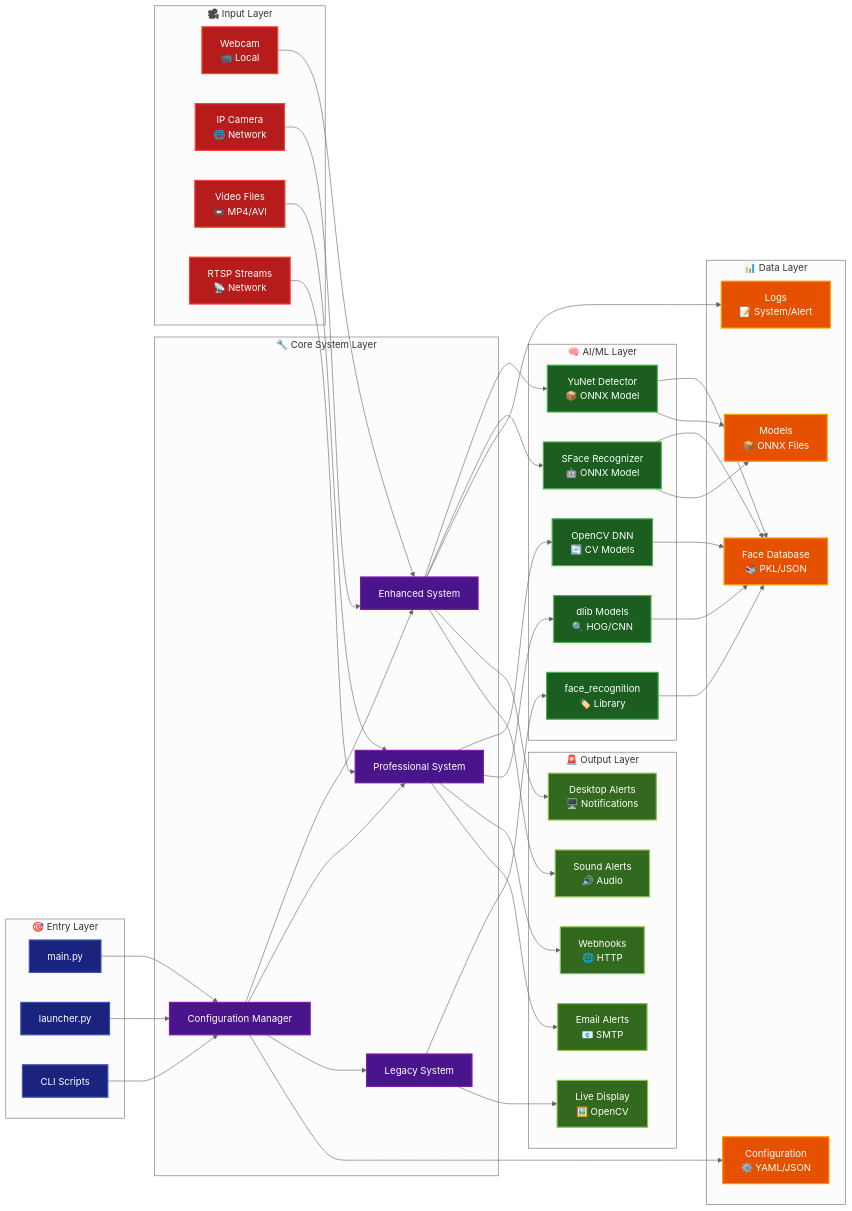
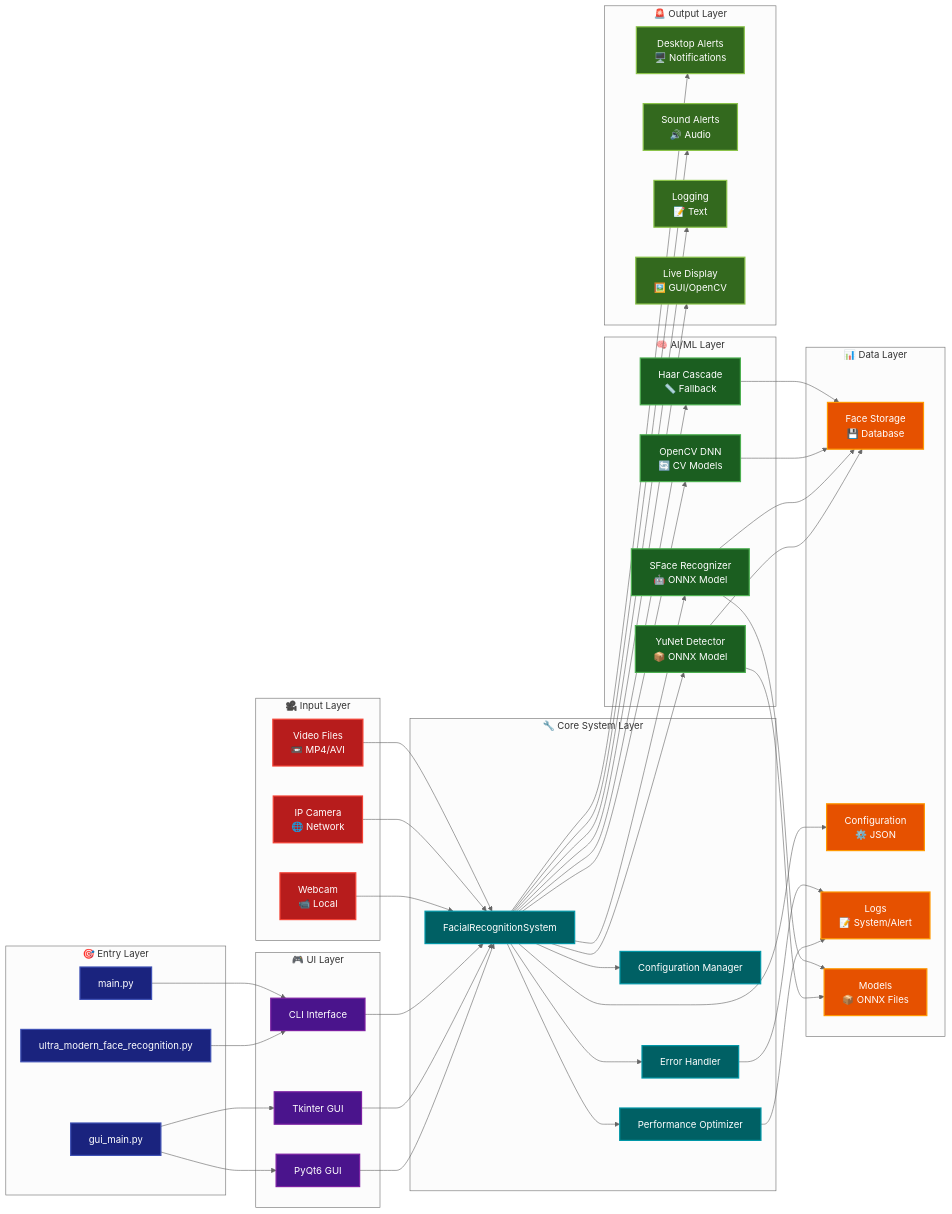
One commit to ItzSwapnil/Facial_Recognition changed the second of 3 diagrams in project_flowchart.md. Above: the diagram before and after it, drawn with Mermaid (neutral theme). The commit also changed other lines of this file and 1 other file, not shown here.

Commit message:
Update project documentation and architecture for Ultra-Modern Facial Recognition System

````diff
--- a/project_flowchart.md
+++ b/project_flowchart.md
@@ -167,96 +173,104 @@
 ```mermaid
 graph LR
     subgraph "🎯 Entry Layer"
-        A[main.py]
-        B[launcher.py]
-        C[CLI Scripts]
+        A[gui_main.py]
+        B[ultra_modern_face_recognition.py]
+        C[main.py]
+    end
+    
+    subgraph "🎮 UI Layer"
+        D[PyQt6 GUI]
+        E[Tkinter GUI]
+        F[CLI Interface]
     end
     
     subgraph "🔧 Core System Layer"
-        D[Enhanced System]
-        E[Professional System]
-        F[Legacy System]
-        G[Configuration Manager]
+        G[FacialRecognitionSystem]
+        H[Configuration Manager]
+        I[Performance Optimizer]
+        J[Error Handler]
     end
     
     subgraph "🧠 AI/ML Layer"
-        H[YuNet Detector<br/>📦 ONNX Model]
-        I[SFace Recognizer<br/>🤖 ONNX Model]
-        J[OpenCV DNN<br/>🔄 CV Models]
-        K[dlib Models<br/>🔍 HOG/CNN]
-        L[face_recognition<br/>🏷️ Library]
+        K[YuNet Detector<br/>📦 ONNX Model]
+        L[SFace Recognizer<br/>🤖 ONNX Model]
+        M[OpenCV DNN<br/>🔄 CV Models]
+        N[Haar Cascade<br/>📏 Fallback]
     end
     
     subgraph "📊 Data Layer"
-        M[Face Database<br/>📚 PKL/JSON]
-        N[Configuration<br/>⚙️ YAML/JSON]
-        O[Logs<br/>📝 System/Alert]
-        P[Models<br/>📦 ONNX Files]
+        O[Face Storage<br/>💾 Database]
+        P[Configuration<br/>⚙️ JSON]
+        Q[Logs<br/>📝 System/Alert]
+        R[Models<br/>📦 ONNX Files]
     end
     
     subgraph "🎥 Input Layer"
-        Q[Webcam<br/>📹 Local]
-        R[IP Camera<br/>🌐 Network]
-        S[Video Files<br/>📼 MP4/AVI]
-        T[RTSP Streams<br/>📡 Network]
+        S[Webcam<br/>📹 Local]
+        T[IP Camera<br/>🌐 Network]
+        U[Video Files<br/>📼 MP4/AVI]
     end
     
     subgraph "🚨 Output Layer"
-        U[Desktop Alerts<br/>🖥️ Notifications]
-        V[Sound Alerts<br/>🔊 Audio]
-        W[Webhooks<br/>🌐 HTTP]
-        X[Email Alerts<br/>📧 SMTP]
-        Y[Live Display<br/>🖼️ OpenCV]
+        V[Desktop Alerts<br/>🖥️ Notifications]
+        W[Sound Alerts<br/>🔊 Audio]
+        X[Logging<br/>📝 Text]
+        Y[Live Display<br/>🖼️ GUI/OpenCV]
     end
     
     %% Connections
-    A --> G
-    B --> G
-    C --> G
-    G --> D
-    G --> E
-    G --> F
+    A --> D
+    A --> E
+    B --> F
+    C --> F
     
-    D --> H
-    D --> I
-    E --> J
-    E --> K
-    F --> L
+    D --> G
+    E --> G
+    F --> G
     
-    H --> M
-    I --> M
-    J --> M
-    K --> M
-    L --> M
+    G --> H
+    G --> I
+    G --> J
     
+    G --> K
+    G --> L
+    G --> M
     G --> N
-    D --> O
-    H --> P
-    I --> P
     
-    Q --> D
-    R --> D
-    S --> E
-    T --> E
+    K --> O
+    L --> O
+    M --> O
+    N --> O
     
-    D --> U
-    D --> V
-    E --> W
-    E --> X
-    F --> Y
+    G --> P
+    I --> Q
+    J --> Q
+    K --> R
+    L --> R
+    
+    S --> G
+    T --> G
+    U --> G
+    
+    G --> V
+    G --> W
+    G --> X
+    G --> Y
     
     %% Styling - Dark Mode Friendly
     classDef entry fill:#1a237e,stroke:#3f51b5,stroke-width:2px,color:#ffffff
-    classDef core fill:#4a148c,stroke:#7b1fa2,stroke-width:2px,color:#ffffff
+    classDef ui fill:#4a148c,stroke:#7b1fa2,stroke-width:2px,color:#ffffff
+    classDef core fill:#006064,stroke:#0097a7,stroke-width:2px,color:#ffffff
     classDef ai fill:#1b5e20,stroke:#4caf50,stroke-width:2px,color:#ffffff
     classDef data fill:#e65100,stroke:#ff9800,stroke-width:2px,color:#ffffff
     classDef input fill:#b71c1c,stroke:#f44336,stroke-width:2px,color:#ffffff
     classDef output fill:#33691e,stroke:#8bc34a,stroke-width:2px,color:#ffffff
     
     class A,B,C entry
-    class D,E,F,G core
-    class H,I,J,K,L ai
-    class M,N,O,P data
-    class Q,R,S,T input
-    class U,V,W,X,Y output
+    class D,E,F ui
+    class G,H,I,J core
+    class K,L,M,N ai
+    class O,P,Q,R data
+    class S,T,U input
+    class V,W,X,Y output
 ```
````
